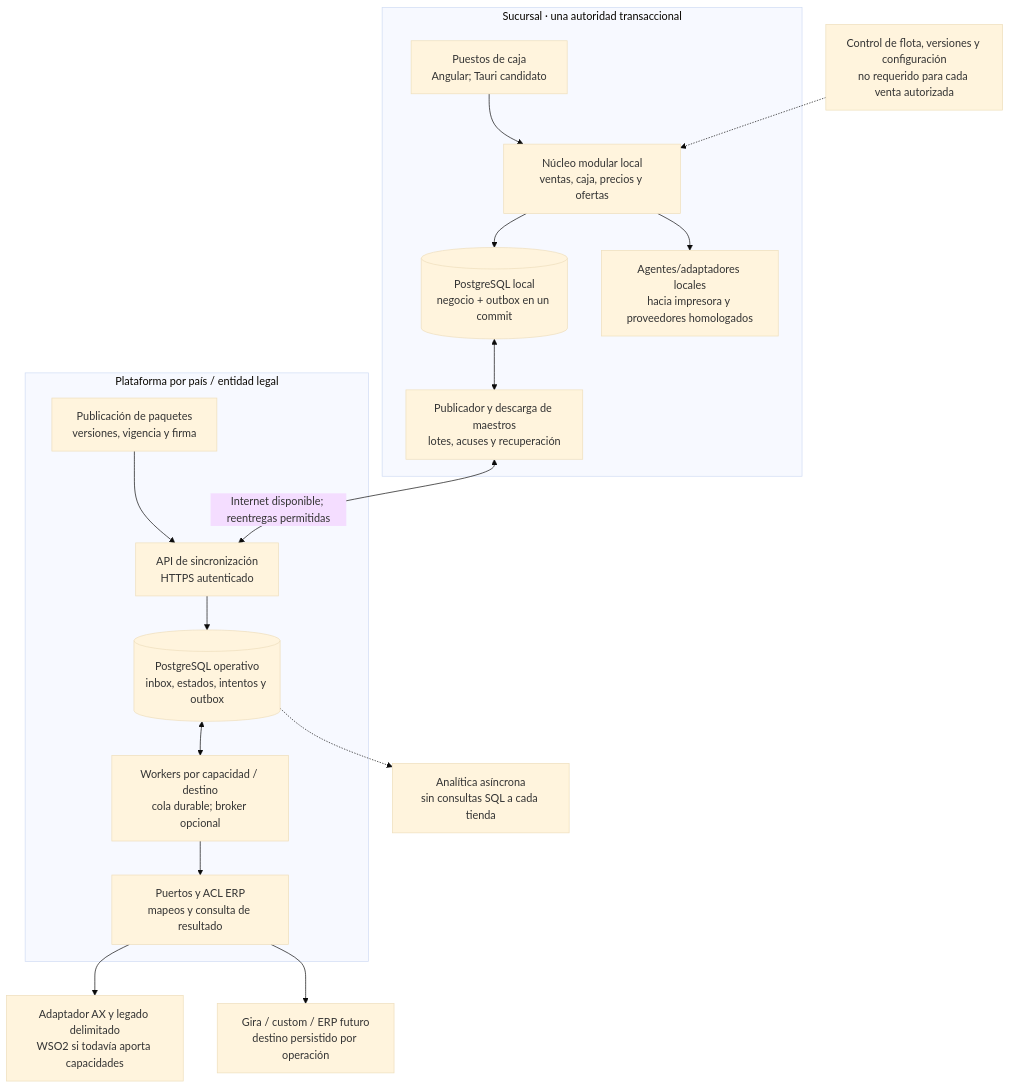
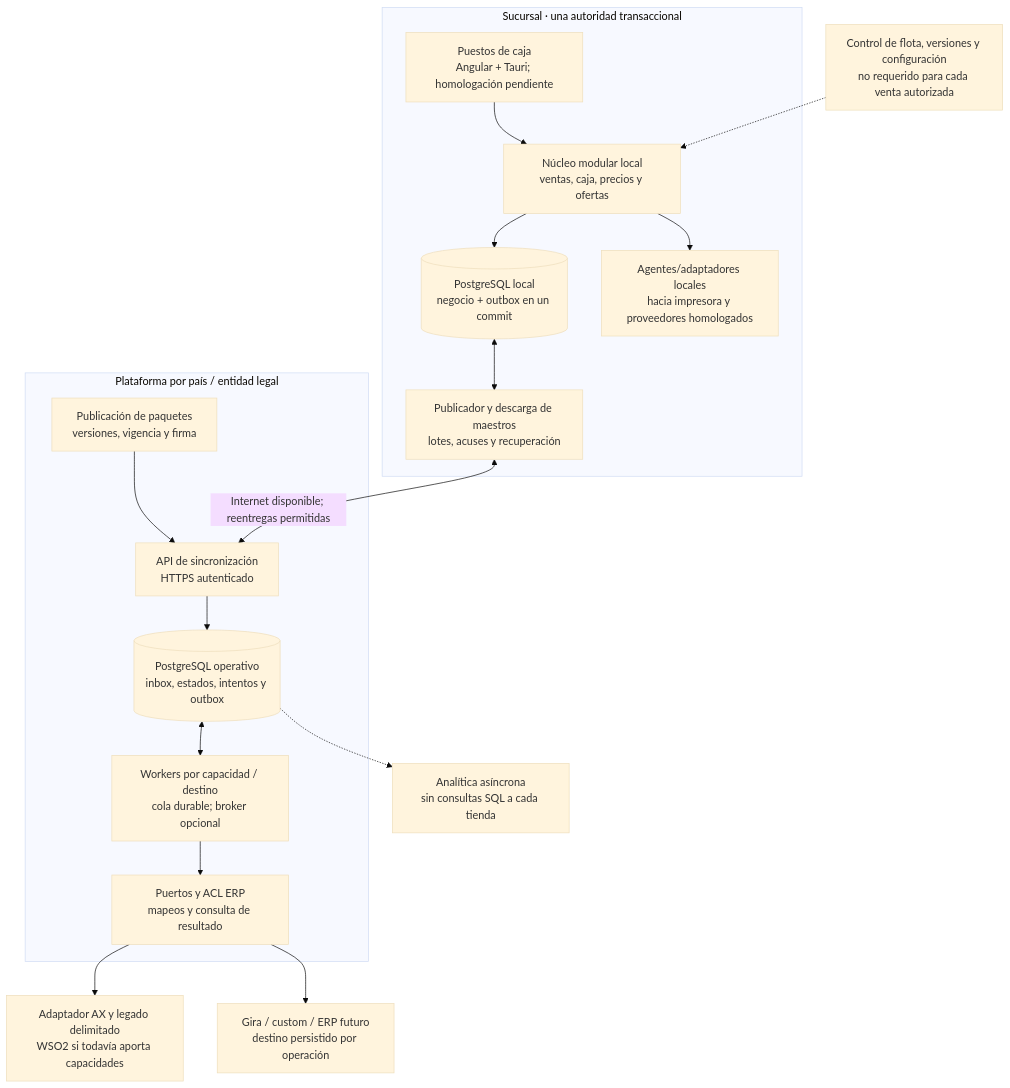
The diagram in docs/revision-arquitectura-corporativa.md (floxcristian/pos-architecture), drawn with Mermaid (base theme) before and after one commit. The commit also changed 50 other files, not shown here.

Commit message:
Audit and align POS documentation with canonical architecture and evidence

````diff
--- a/docs/revision-arquitectura-corporativa.md
+++ b/docs/revision-arquitectura-corporativa.md
@@ -84,30 +84,30 @@
 ```mermaid
 flowchart TB
   subgraph Tienda["Sucursal · una autoridad transaccional"]
-    UI["Puestos de caja\nAngular; Tauri candidato"]
+    UI["Puestos de caja\nAngular + Tauri; homologación pendiente"]
     Local["Núcleo modular local\nventas, caja, precios y ofertas"]
     DB[("PostgreSQL local\nnegocio + outbox en un commit")]
     Pub["Publicador y descarga de maestros\nlotes, acuses y recuperación"]
     Dispositivos["Agentes/adaptadores locales\nhacia impresora y proveedores homologados"]
     UI --> Local
     Local --> DB
     Local --> Dispositivos
     DB <--> Pub
   end
   subgraph Pais["Plataforma por país / entidad legal"]
     Ingreso["API de sincronización\nHTTPS autenticado"]
     Registro[("PostgreSQL operativo\ninbox, estados, intentos y outbox")]
     Workers["Workers por capacidad / destino\ncola durable; broker opcional"]
     ACL["Puertos y ACL ERP\nmapeos y consulta de resultado"]
     Maestros["Publicación de paquetes\nversiones, vigencia y firma"]
     Ingreso --> Registro
     Registro <--> Workers
     Workers --> ACL
     Maestros --> Ingreso
   end
   Pub <-->|"Internet disponible; reentregas permitidas"| Ingreso
   ACL --> Legacy["Adaptador AX y legado delimitado\nWSO2 si todavía aporta capacidades"]
   ACL --> Otros["Gira / custom / ERP futuro\ndestino persistido por operación"]
   Gobierno["Control de flota, versiones y configuración\nno requerido para cada venta autorizada"] -.-> Local
   Registro -.-> Analitica["Analítica asíncrona\nsin consultas SQL a cada tienda"]
 ```
````
